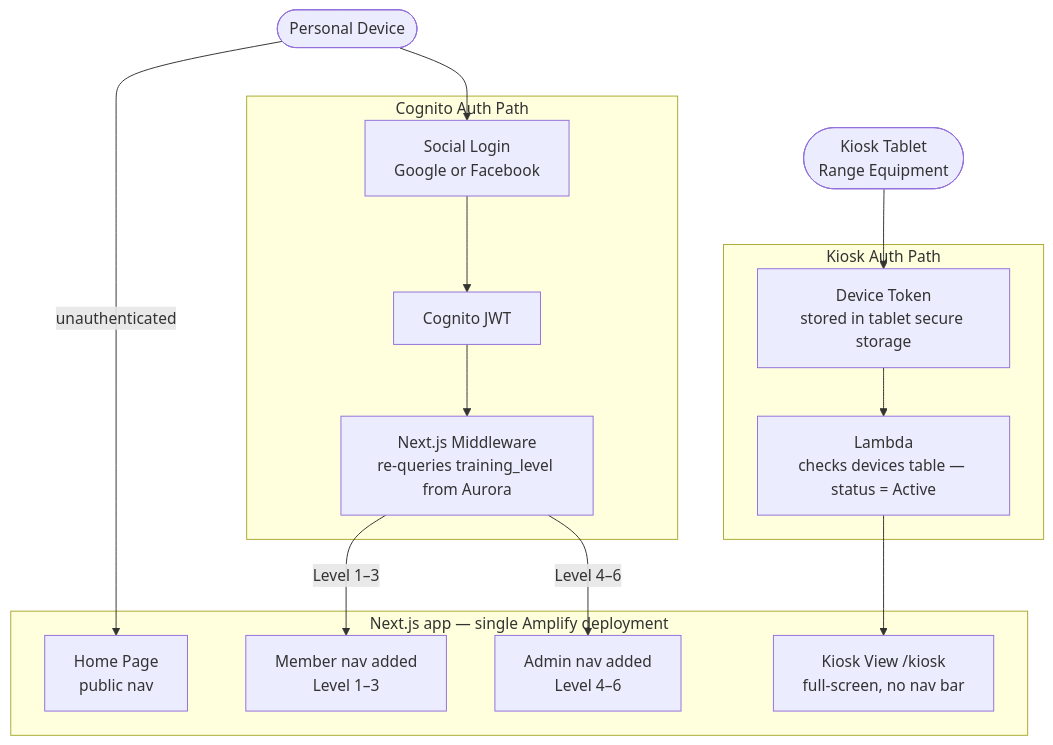
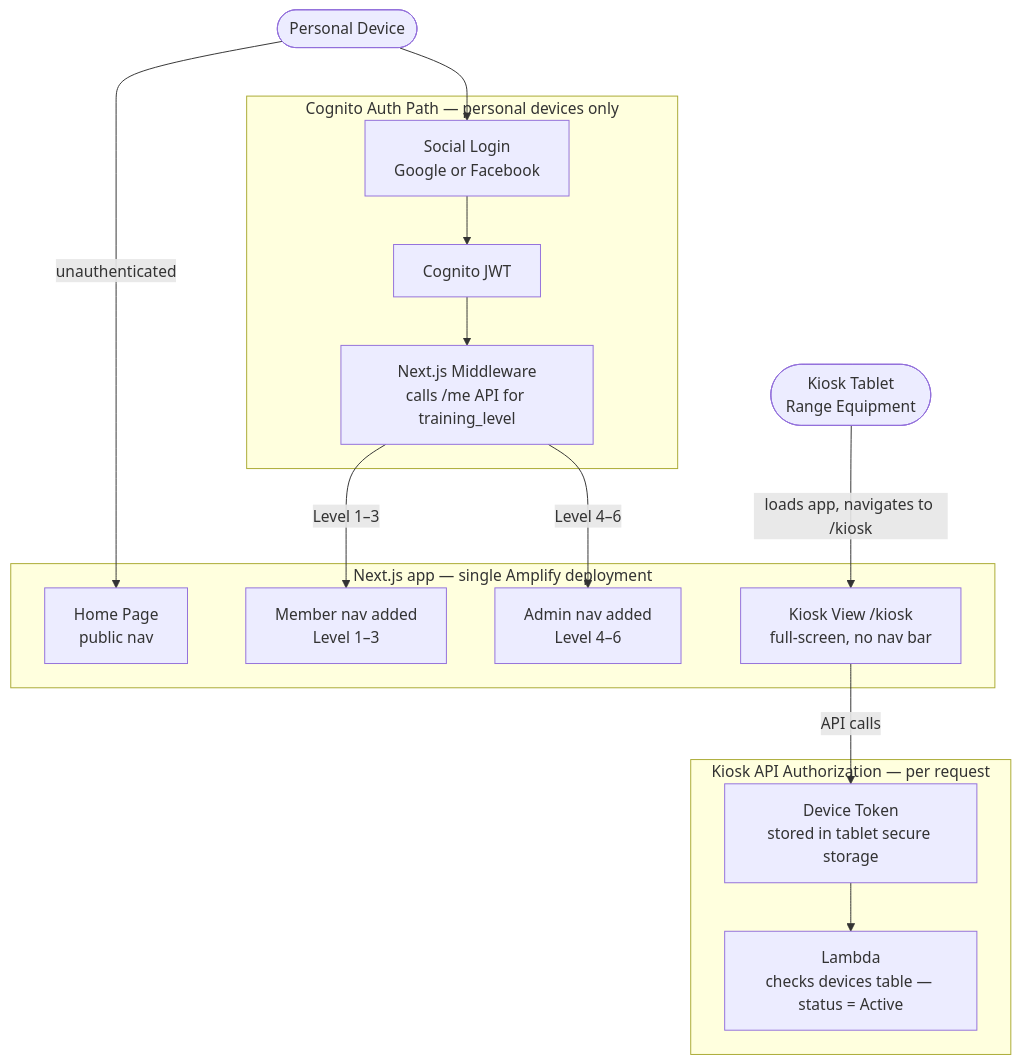
One commit to vrwmiller/outdoorsportsclub changed the second of 2 diagrams in docs/architecture.md. Above: the diagram before and after it, drawn with Mermaid. The commit also changed other lines of this file and 1 other file, not shown here.

Commit message:
fix: address PR #23 review comments — API data path, kiosk diagram, 403 convention, training_level model

````diff
--- a/docs/architecture.md
+++ b/docs/architecture.md
@@ -89,29 +89,30 @@
 ```mermaid
 flowchart TD
     PD([Personal Device])
     KT([Kiosk Tablet<br/>Range Equipment])
 
-    subgraph WEB_AUTH[Cognito Auth Path]
+    subgraph WEB_AUTH[Cognito Auth Path — personal devices only]
         SOCIAL[Social Login<br/>Google or Facebook]
         JWT[Cognito JWT]
-        MW[Next.js Middleware<br/>re-queries training_level from Aurora]
+        MW[Next.js Middleware<br/>calls /me API for training_level]
     end
 
-    subgraph KIOSK_AUTH[Kiosk Auth Path]
+    subgraph KIOSK_AUTH[Kiosk API Authorization — per request]
         DEVTOKEN[Device Token<br/>stored in tablet secure storage]
         DEVCHECK[Lambda<br/>checks devices table — status = Active]
     end
 
     subgraph APP[Next.js app — single Amplify deployment]
         PUB[Home Page<br/>public nav]
         NAV_M[Member nav added<br/>Level 1–3]
         NAV_A[Admin nav added<br/>Level 4–6]
         KV[Kiosk View /kiosk<br/>full-screen, no nav bar]
     end
 
     PD -->|unauthenticated| PUB
     PD --> SOCIAL --> JWT --> MW
     MW -->|Level 1–3| NAV_M
     MW -->|Level 4–6| NAV_A
-    KT --> DEVTOKEN --> DEVCHECK --> KV
+    KT -->|loads app, navigates to /kiosk| KV
+    KV -->|API calls| DEVTOKEN --> DEVCHECK
 ```
````
